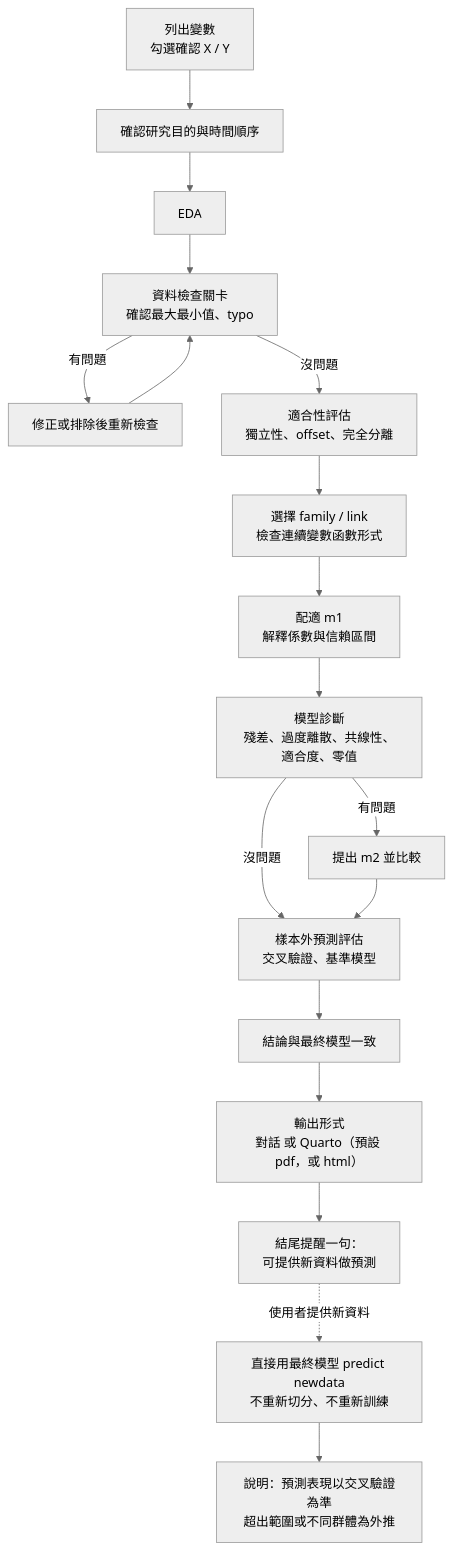
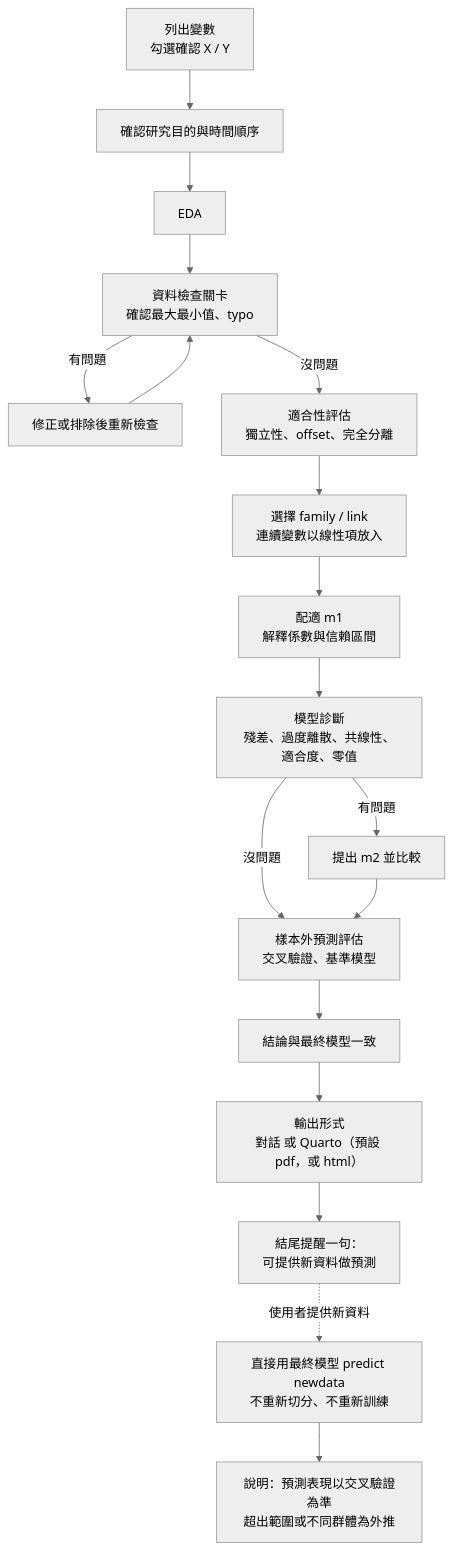
Before and after one commit to tzuhui39/SC3-GLM_Analysis: the diagram in README.md, drawn with Mermaid (neutral theme). The commit also changed other lines of this file and 4 other files, not shown here.

````diff
--- a/README.md
+++ b/README.md
@@ -22,20 +22,20 @@
 ```mermaid
 flowchart TD
     A[列出變數<br>勾選確認 X / Y] --> B[確認研究目的與時間順序]
     B --> C[EDA]
     C --> D[資料檢查關卡<br>確認最大最小值、typo]
     D -->|有問題| D1[修正或排除後重新檢查]
     D1 --> D
     D -->|沒問題| E[適合性評估<br>獨立性、offset、完全分離]
-    E --> F[選擇 family / link<br>檢查連續變數函數形式]
+    E --> F[選擇 family / link<br>連續變數以線性項放入]
     F --> G[配適 m1<br>解釋係數與信賴區間]
     G --> H[模型診斷<br>殘差、過度離散、共線性、適合度、零值]
     H -->|有問題| I[提出 m2 並比較]
     H -->|沒問題| J
     I --> J[樣本外預測評估<br>交叉驗證、基準模型]
     J --> K[結論與最終模型一致]
     K --> N[輸出形式<br>對話 或 Quarto（預設 pdf，或 html）]
     N --> O[結尾提醒一句：<br>可提供新資料做預測]
     O -.->|使用者提供新資料| L[直接用最終模型 predict newdata<br>不重新切分、不重新訓練]
     L --> M[說明：預測表現以交叉驗證為準<br>超出範圍或不同群體為外推]
 ```
````
